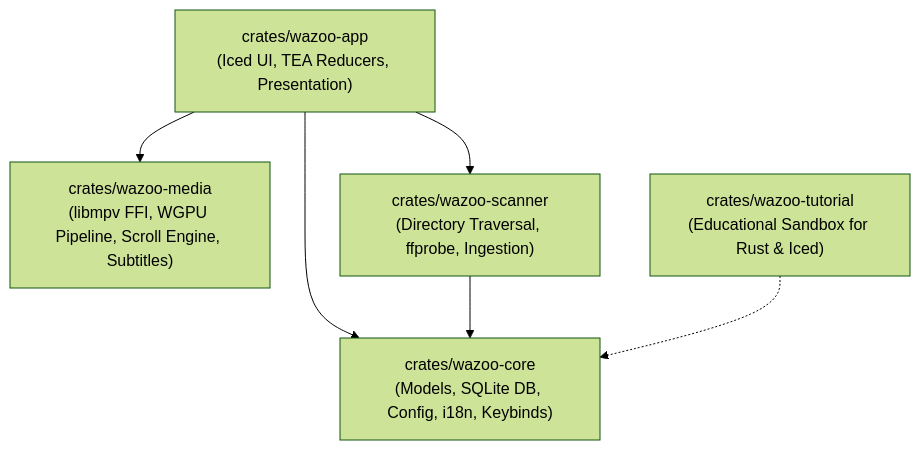
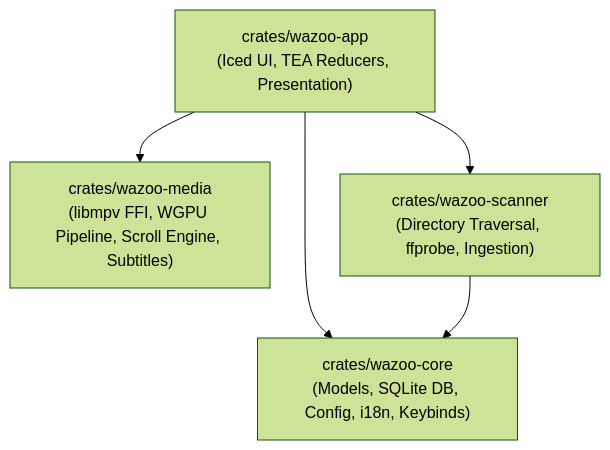
The first of 6 diagrams in docs/README.md (alkali-softworks/wazoo), drawn with Mermaid (forest theme) before and after one commit. The commit also changed other lines of this file and 1 other file, not shown here.

Commit message:
cleanup docs

````diff
--- a/docs/README.md
+++ b/docs/README.md
@@ -13,14 +13,11 @@
 ```mermaid
 graph TD
     App["crates/wazoo-app<br/>(Iced UI, TEA Reducers, Presentation)"]
     Core["crates/wazoo-core<br/>(Models, SQLite DB, Config, i18n, Keybinds)"]
     Media["crates/wazoo-media<br/>(libmpv FFI, WGPU Pipeline, Scroll Engine, Subtitles)"]
     Scanner["crates/wazoo-scanner<br/>(Directory Traversal, ffprobe, Ingestion)"]
-    Tutorial["crates/wazoo-tutorial<br/>(Educational Sandbox for Rust & Iced)"]
-
     App --> Core
     App --> Media
     App --> Scanner
     Scanner --> Core
-    Tutorial -.-> Core
 ```
````
